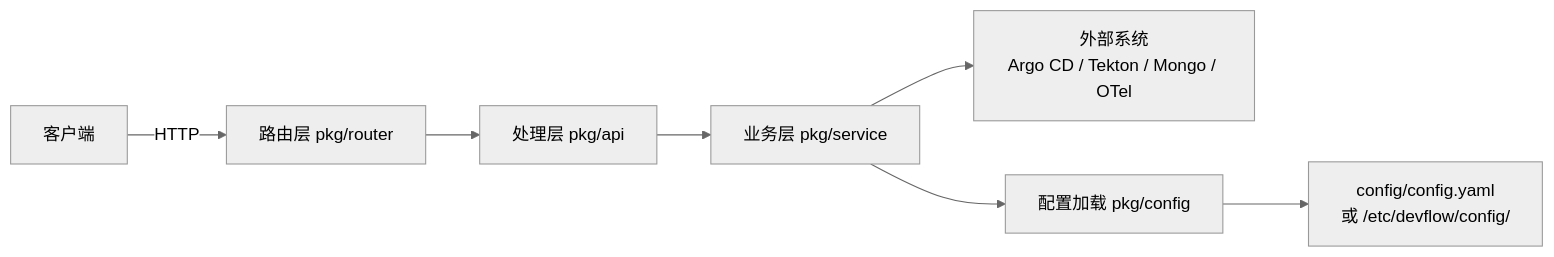
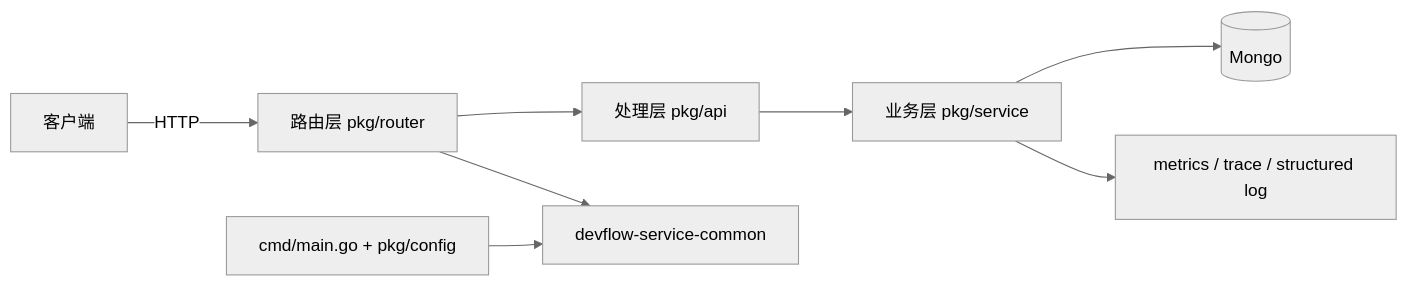
Before and after one commit to bsonger/devflow-config-service: the diagram in agents/codex.md, drawn with Mermaid (neutral theme). The commit also changed other lines of this file and 71 other files, not shown here.

Commit message:
refactor: trim config-service boundary and docs

````diff
--- a/agents/codex.md
+++ b/agents/codex.md
@@ -29,9 +30,10 @@
 ```mermaid
 flowchart LR
   Client[客户端] -->|HTTP| Router[路由层 pkg/router]
   Router --> Handler[处理层 pkg/api]
   Handler --> Service[业务层 pkg/service]
-  Service --> External[外部系统\nArgo CD / Tekton / Mongo / OTel]
-  Service --> Config[配置加载 pkg/config]
-  Config --> Files[config/config.yaml\n或 /etc/devflow/config/]
+  Service --> Mongo[(Mongo)]
+  Service --> Obs[metrics / trace / structured log]
+  Router --> Common[devflow-service-common]
+  Config[cmd/main.go + pkg/config] --> Common
 ```
````
